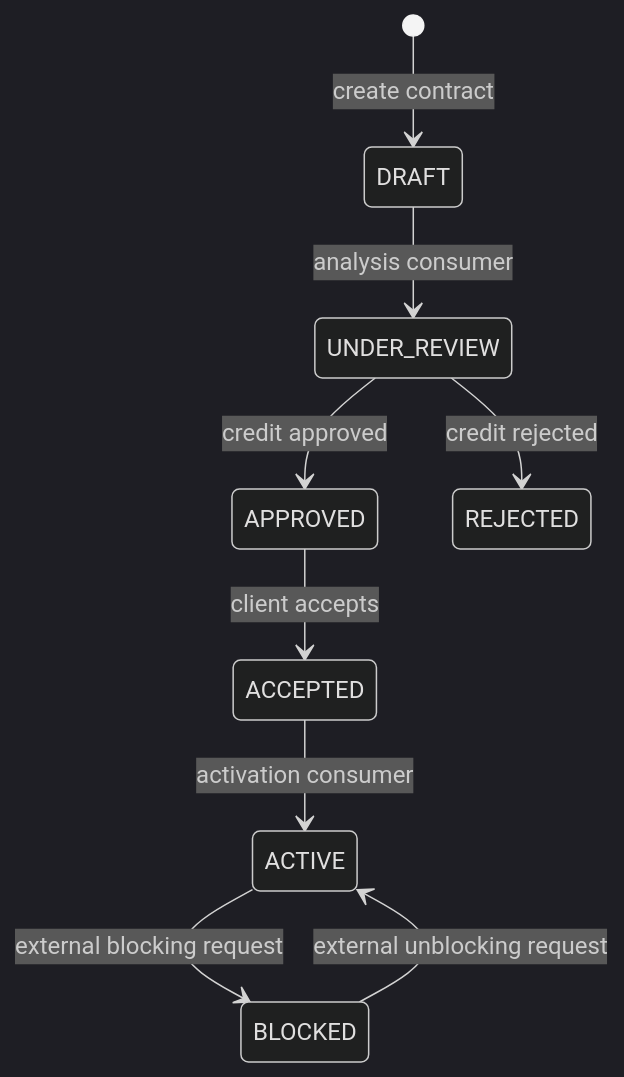
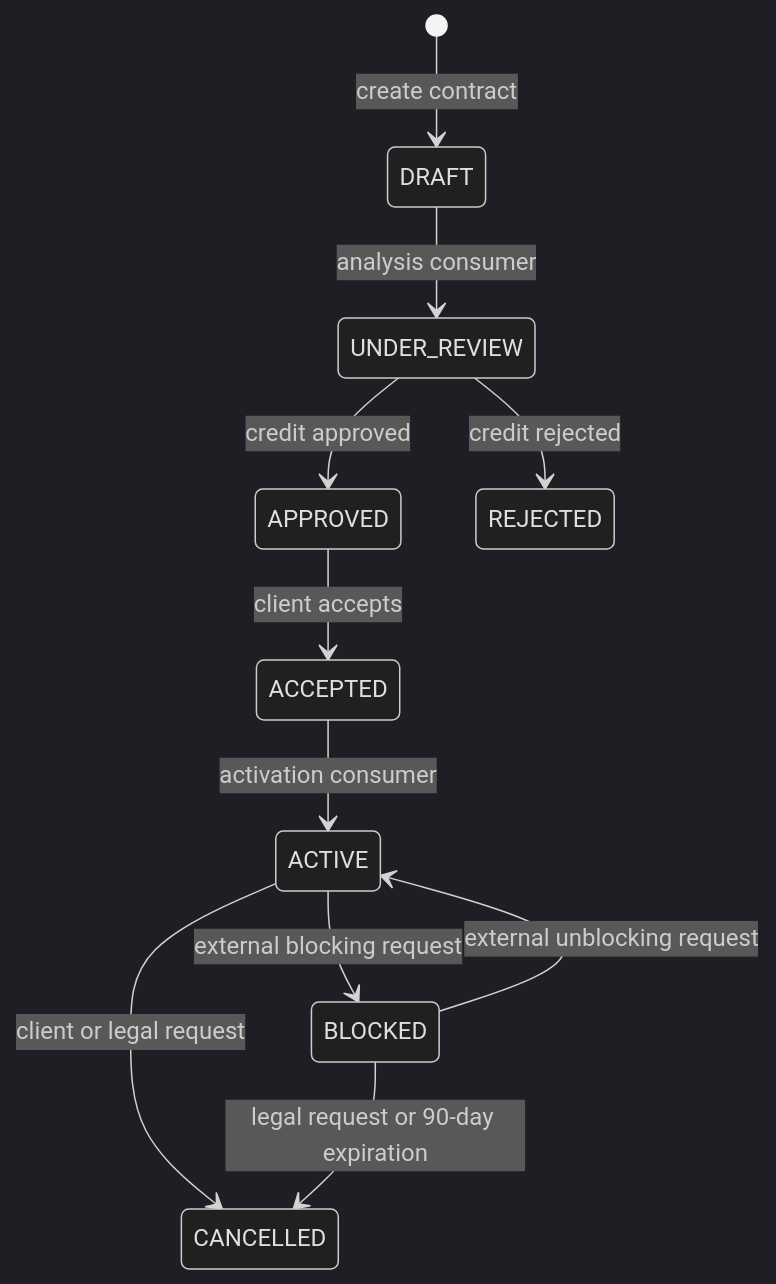
The first of 2 diagrams in README.md (tmcly/credit-contract-manager), drawn with Mermaid (dark theme) before and after one commit. The commit also changed other lines of this file and 29 other files, not shown here.

````diff
--- a/README.md
+++ b/README.md
@@ -55,11 +57,13 @@
 ```mermaid
 stateDiagram-v2
     [*] --> DRAFT: create contract
     DRAFT --> UNDER_REVIEW: analysis consumer
     UNDER_REVIEW --> APPROVED: credit approved
     UNDER_REVIEW --> REJECTED: credit rejected
     APPROVED --> ACCEPTED: client accepts
     ACCEPTED --> ACTIVE: activation consumer
     ACTIVE --> BLOCKED: external blocking request
     BLOCKED --> ACTIVE: external unblocking request
+    ACTIVE --> CANCELLED: client or legal request
+    BLOCKED --> CANCELLED: legal request or 90-day expiration
 ```
````
